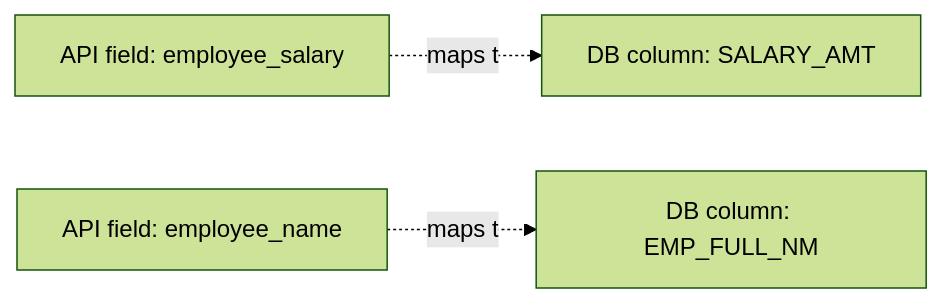
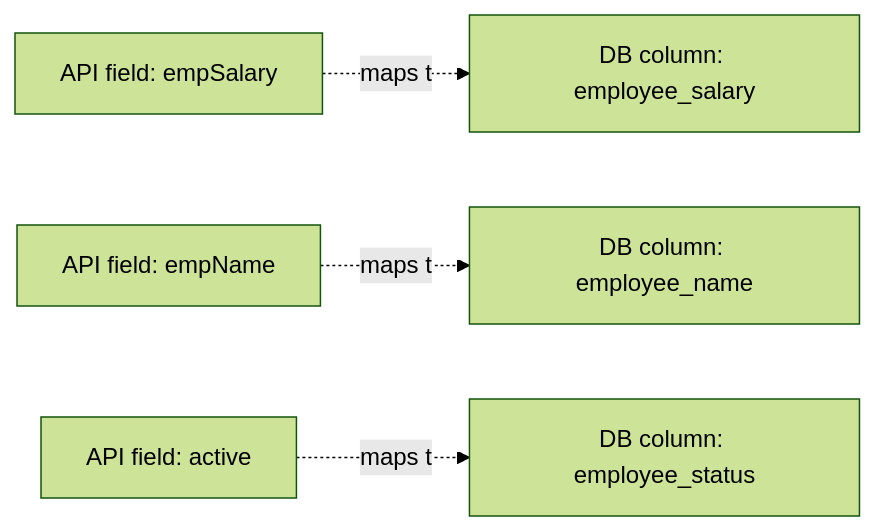
One commit to developerashok99/green-c-mule-notes changed the seventh of 7 diagrams in detailed-notes/day22.md. Above: the diagram before and after it, drawn with Mermaid (forest theme). The commit also changed other lines of this file, not shown here.

Commit message:
Day 22: fix diagram that broke rendering; use class mapping fields

````diff
--- a/detailed-notes/day22.md
+++ b/detailed-notes/day22.md
@@ -120,5 +120,6 @@
 ```mermaid
 flowchart LR
-    API["API field: employee_salary"] -.maps to.-> DB["DB column: SALARY_AMT"]
-    API2["API field: employee_name"] -.maps to.-> DB2["DB column: EMP_FULL_NM"]
+    API["API field: empSalary"] -.maps to.-> DB["DB column: employee_salary"]
+    API2["API field: empName"] -.maps to.-> DB2["DB column: employee_name"]
+    API3["API field: active"] -.maps to.-> DB3["DB column: employee_status"]
 ```
````
